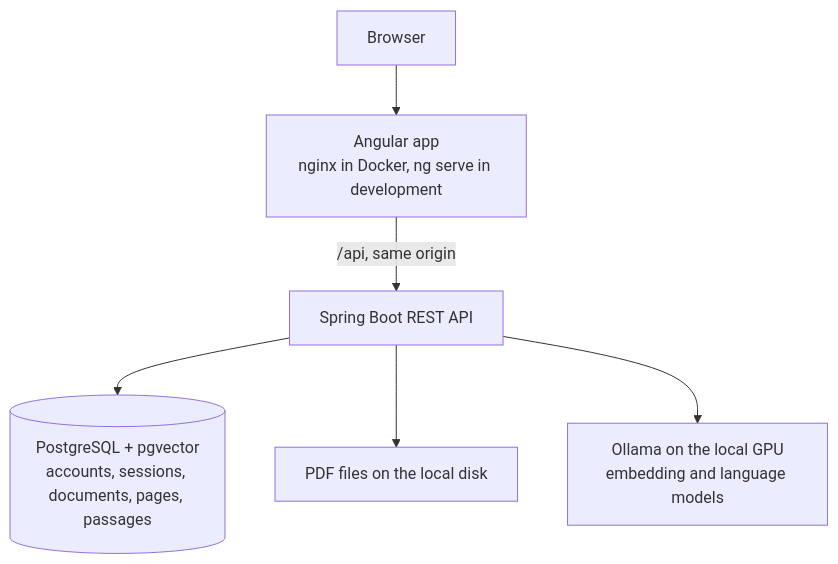
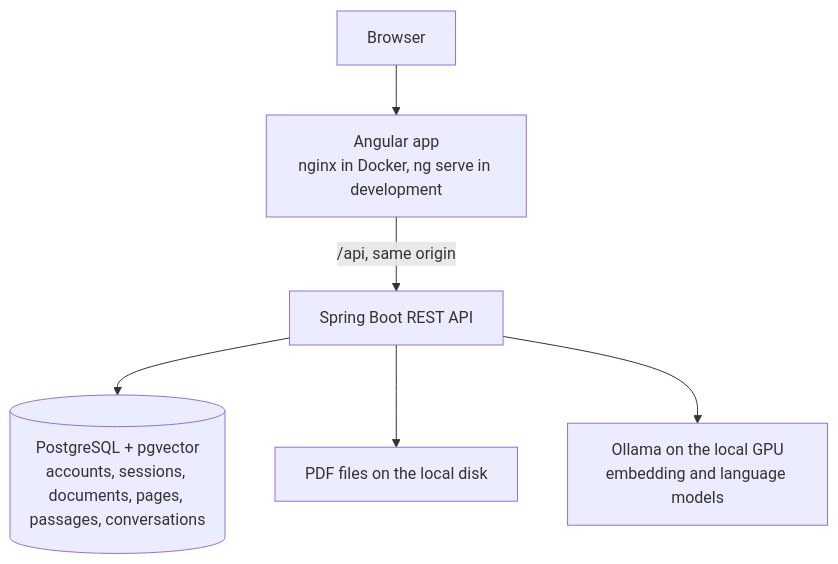
Before and after one commit to Jorge-Matheus/doc-chat-ai: the diagram in README.md, drawn with Mermaid. The commit also changed other lines of this file and 63 other files, not shown here.

````diff
--- a/README.md
+++ b/README.md
@@ -30,8 +30,8 @@
 ```mermaid
 flowchart TD
     Browser[Browser] --> Web["Angular app<br/>nginx in Docker, ng serve in development"]
     Web -->|"/api, same origin"| API["Spring Boot REST API"]
-    API --> DB[("PostgreSQL + pgvector<br/>accounts, sessions, documents, pages, passages")]
+    API --> DB[("PostgreSQL + pgvector<br/>accounts, sessions, documents, pages, passages, conversations")]
     API --> Files["PDF files on the local disk"]
     API --> AI["Ollama on the local GPU<br/>embedding and language models"]
 ```
````
